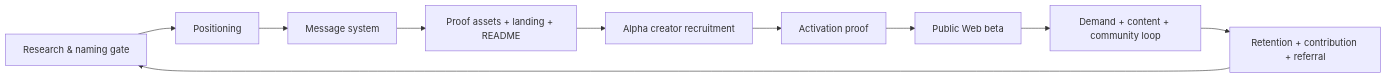
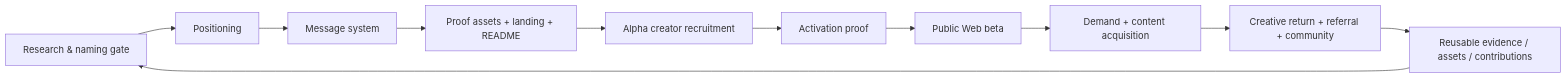
One commit to az1nn/openband changed the second of 2 diagrams in docs/marketing/README.md. Above: the diagram before and after it, drawn with Mermaid. The commit also changed other lines of this file, not shown here.

Commit message:
docs(marketing): integrate growth and community operations

````diff
--- a/docs/marketing/README.md
+++ b/docs/marketing/README.md
@@ -96,12 +100,13 @@
 ```mermaid
 flowchart LR
   A[Research & naming gate] --> B[Positioning]
   B --> C[Message system]
   C --> D[Proof assets + landing + README]
   D --> E[Alpha creator recruitment]
   E --> F[Activation proof]
   F --> G[Public Web beta]
-  G --> H[Demand + content + community loop]
-  H --> I[Retention + contribution + referral]
-  I --> A
+  G --> H[Demand + content acquisition]
+  H --> I[Creative return + referral + community]
+  I --> J[Reusable evidence / assets / contributions]
+  J --> A
 ```
````
